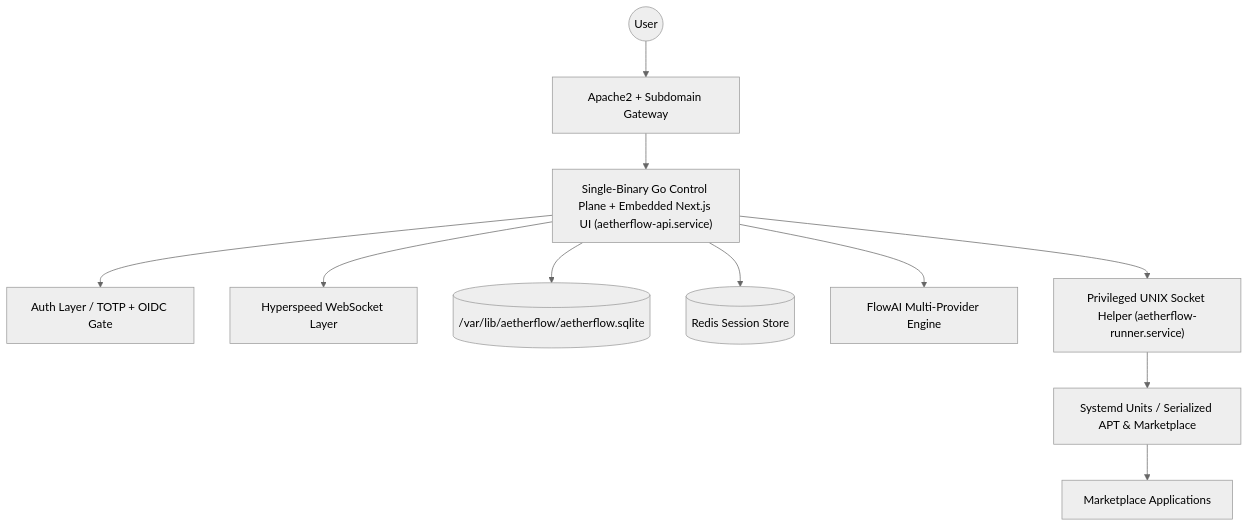
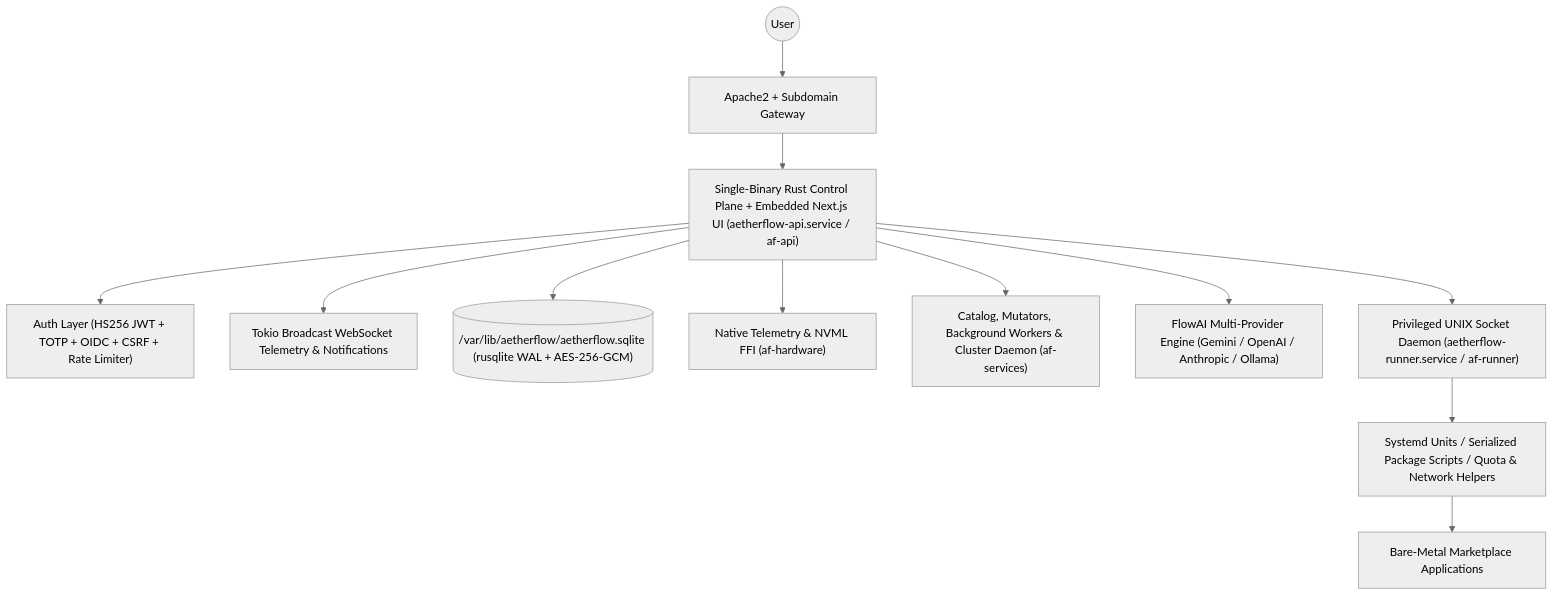
The diagram in docs/architecture.md (McEveritts/AetherFlow), drawn with Mermaid (neutral theme) before and after one commit. The commit also changed other lines of this file and 55 other files, not shown here.

````diff
--- a/docs/architecture.md
+++ b/docs/architecture.md
@@ -7,13 +7,14 @@
 ```mermaid
 graph TD
-    User((User)) --> Apache[Apache2 + Subdomain Gateway]
-    Apache --> API["Single-Binary Go Control Plane + Embedded Next.js UI (aetherflow-api.service)"]
-    API --> Auth[Auth Layer / TOTP + OIDC Gate]
-    API --> WS[Hyperspeed WebSocket Layer]
-    API --> DB[("/var/lib/aetherflow/aetherflow.sqlite")]
-    API --> Redis[(Redis Session Store)]
-    API --> AI[FlowAI Multi-Provider Engine]
-    API --> Runner["Privileged UNIX Socket Helper (aetherflow-runner.service)"]
-    Runner --> Sys[Systemd Units / Serialized APT & Marketplace]
-    Sys --> Apps[Marketplace Applications]
+    User((User)) --> Apache["Apache2 + Subdomain Gateway"]
+    Apache --> API["Single-Binary Rust Control Plane + Embedded Next.js UI (aetherflow-api.service / af-api)"]
+    API --> Auth["Auth Layer (HS256 JWT + TOTP + OIDC + CSRF + Rate Limiter)"]
+    API --> WS["Tokio Broadcast WebSocket Telemetry & Notifications"]
+    API --> DB[("/var/lib/aetherflow/aetherflow.sqlite (rusqlite WAL + AES-256-GCM)")]
+    API --> HW["Native Telemetry & NVML FFI (af-hardware)"]
+    API --> Services["Catalog, Mutators, Background Workers & Cluster Daemon (af-services)"]
+    API --> AI["FlowAI Multi-Provider Engine (Gemini / OpenAI / Anthropic / Ollama)"]
+    API --> Runner["Privileged UNIX Socket Daemon (aetherflow-runner.service / af-runner)"]
+    Runner --> Sys["Systemd Units / Serialized Package Scripts / Quota & Network Helpers"]
+    Sys --> Apps["Bare-Metal Marketplace Applications"]
 ```
````
